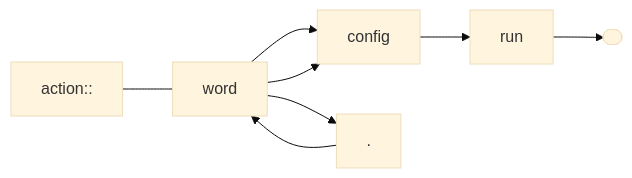
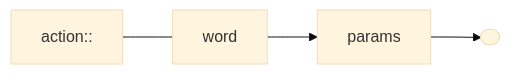
One commit to andrewfstratton/quandoscript changed the seventh of 16 diagrams in README.md. Above: the diagram before and after it, drawn with Mermaid (base theme). The commit also changed other lines of this file, not shown here.

````diff
--- a/README.md
+++ b/README.md
@@ -56,7 +50,5 @@
 ```mermaid
 graph LR
     stop([ ])
-    word --> config
-    action::--- word-->config --> run --> stop
-    word-->dot["."]-->word
+    action::--- word--> params --> stop
 ```
````
